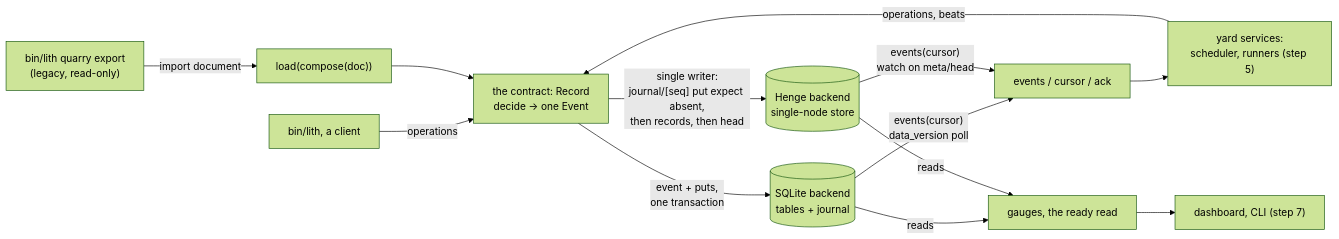
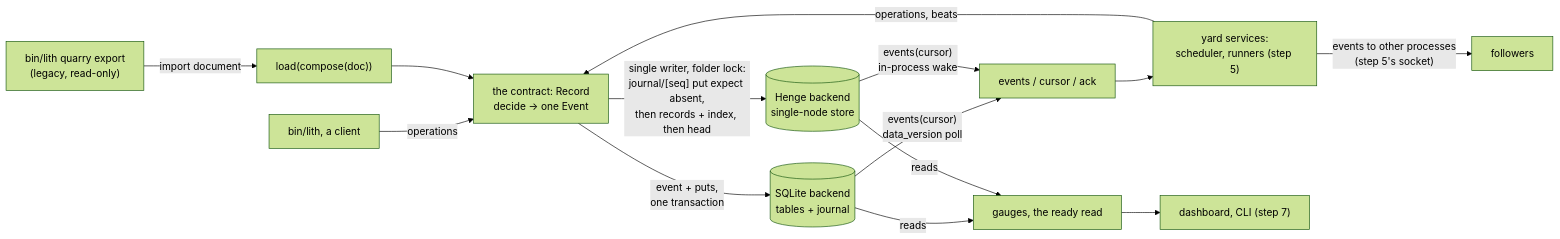
One commit to astrum-code/quarrylith changed the diagram in docs/templets/3159-the-record.md. Above: the diagram before and after it, drawn with Mermaid (forest theme). The commit also changed other lines of this file, not shown here.

````diff
--- a/docs/templets/3159-the-record.md
+++ b/docs/templets/3159-the-record.md
@@ -85,15 +99,16 @@
 ```mermaid
 flowchart LR
   cli["bin/lith, a client"] -->|operations| C
   svc["yard services:<br/>scheduler, runners (step 5)"] -->|operations, beats| C
   imp["bin/lith quarry export<br/>(legacy, read-only)"] -->|import document| L["load(compose(doc))"]
   L --> C
   C["the contract: Record<br/>decide -> one Event"] -->|"event + puts,<br/>one transaction"| S[("SQLite backend<br/>tables + journal")]
-  C -->|"single writer:<br/>journal/[seq] put expect absent,<br/>then records, then head"| H[("Henge backend<br/>single-node store")]
+  C -->|"single writer, folder lock:<br/>journal/[seq] put expect absent,<br/>then records + index, then head"| H[("Henge backend<br/>single-node store")]
   S -->|"events(cursor)<br/>data_version poll"| E["events / cursor / ack"]
-  H -->|"events(cursor)<br/>watch on meta/head"| E
+  H -->|"events(cursor)<br/>in-process wake"| E
   E --> svc
+  svc -->|"events to other processes<br/>(step 5's socket)"| fol["followers"]
   S -->|reads| G["gauges, the ready read"]
   H -->|reads| G
   G --> dash["dashboard, CLI (step 7)"]
 ```
````
